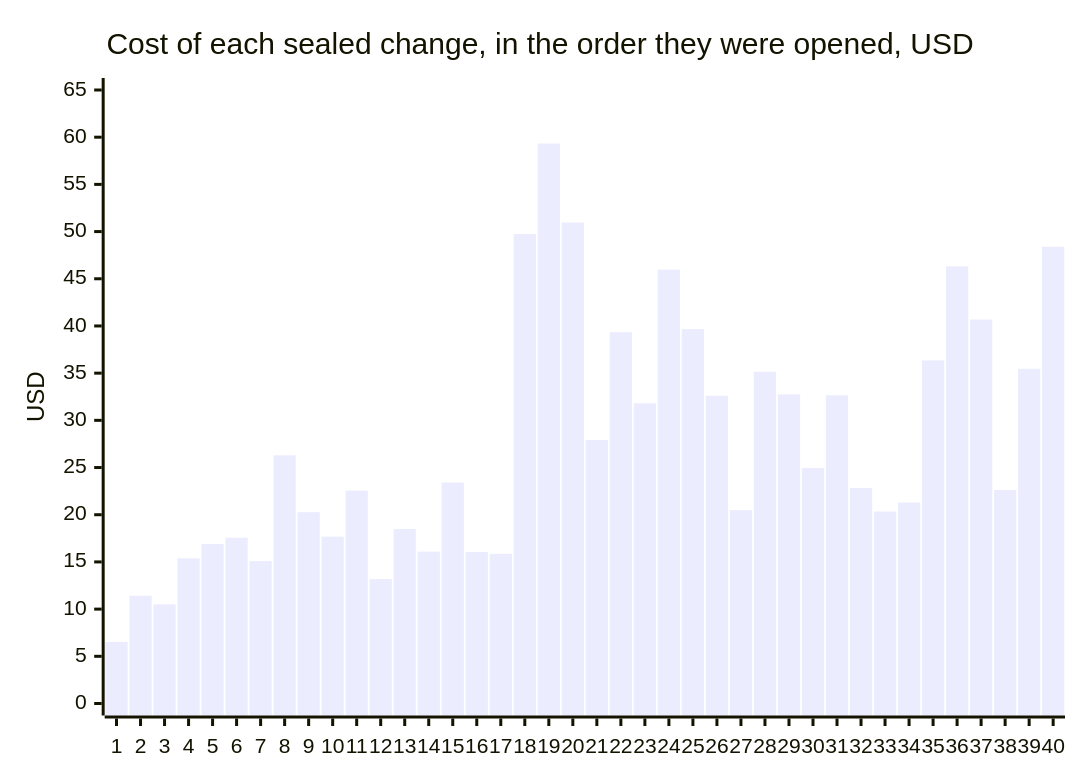
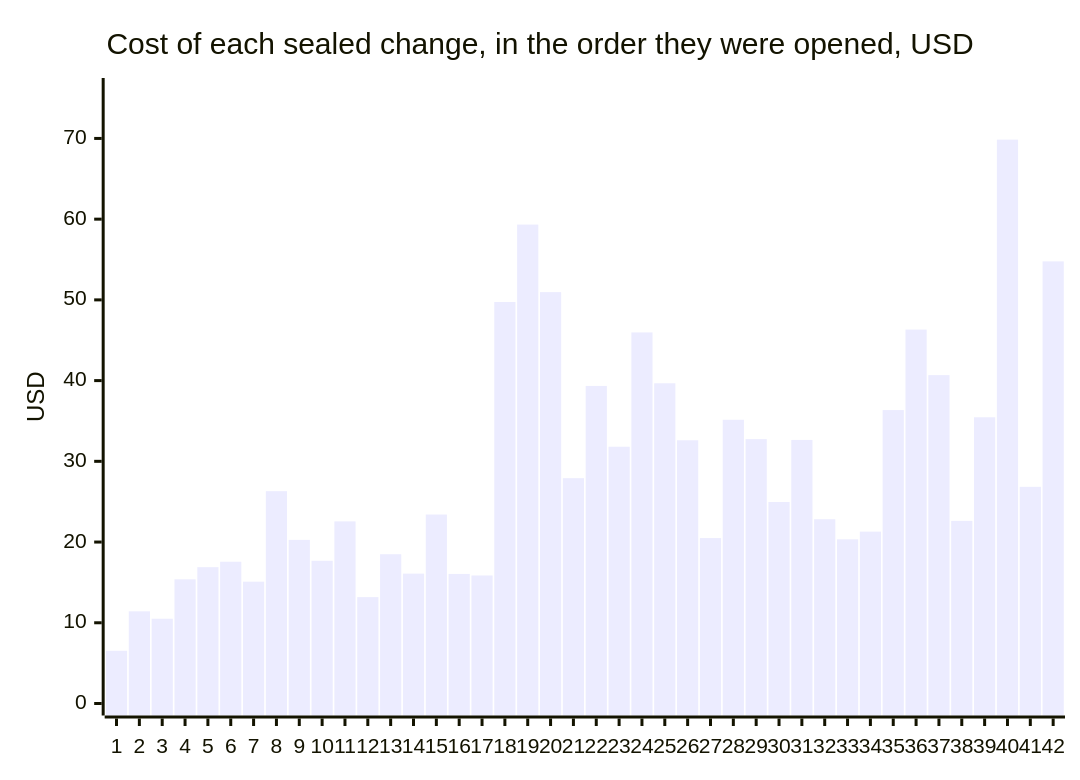
One commit to eyalgo/ka-reader changed the second of 3 diagrams in docs/build_cost.md. Above: the diagram before and after it, drawn with Mermaid. The commit also changed other lines of this file, not shown here.

````diff
--- a/docs/build_cost.md
+++ b/docs/build_cost.md
@@ -103,7 +104,7 @@
 ```mermaid
 xychart-beta
     title "Cost of each sealed change, in the order they were opened, USD"
-    x-axis ["1", "2", "3", "4", "5", "6", "7", "8", "9", "10", "11", "12", "13", "14", "15", "16", "17", "18", "19", "20", "21", "22", "23", "24", "25", "26", "27", "28", "29", "30", "31", "32", "33", "34", "35", "36", "37", "38", "39", "40"]
-    y-axis "USD" 0 --> 65
-    bar [6.53, 11.42, 10.5, 15.38, 16.89, 17.56, 15.09, 26.3, 20.27, 17.68, 22.56, 13.18, 18.49, 16.09, 23.41, 16.05, 15.86, 49.74, 59.33, 50.96, 27.91, 39.34, 31.81, 45.97, 39.67, 32.61, 20.49, 35.15, 32.75, 24.96, 32.65, 22.83, 20.34, 21.29, 36.35, 46.32, 40.68, 22.62, 35.46, 48.4]
+    x-axis ["1", "2", "3", "4", "5", "6", "7", "8", "9", "10", "11", "12", "13", "14", "15", "16", "17", "18", "19", "20", "21", "22", "23", "24", "25", "26", "27", "28", "29", "30", "31", "32", "33", "34", "35", "36", "37", "38", "39", "40", "41", "42"]
+    y-axis "USD" 0 --> 76
+    bar [6.53, 11.42, 10.5, 15.38, 16.89, 17.56, 15.09, 26.3, 20.27, 17.68, 22.56, 13.18, 18.49, 16.09, 23.41, 16.05, 15.86, 49.74, 59.33, 50.96, 27.91, 39.34, 31.81, 45.97, 39.67, 32.61, 20.49, 35.15, 32.75, 24.96, 32.65, 22.83, 20.34, 21.29, 36.35, 46.32, 40.68, 22.62, 35.46, 69.85, 26.84, 54.77]
 ```
````
